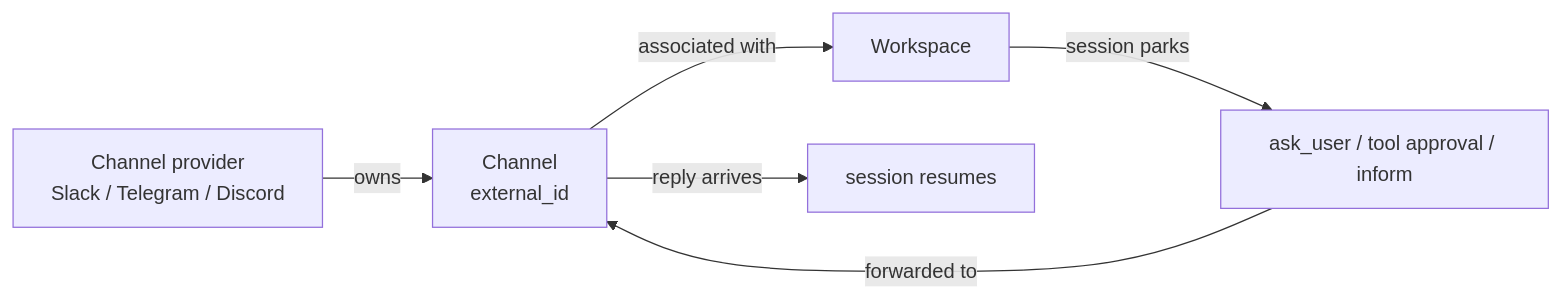
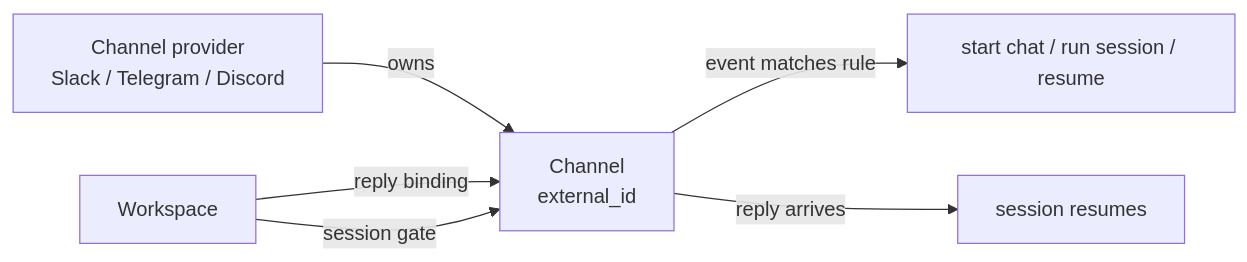
One commit to primerhq/primer changed the diagram in primer/user_docs/channels/channels.md. Above: the diagram before and after it, drawn with Mermaid. The commit also changed other lines of this file and 11 other files, not shown here.

````diff
--- a/primer/user_docs/channels/channels.md
+++ b/primer/user_docs/channels/channels.md
@@ -23,9 +23,9 @@
 ```mermaid
 flowchart LR
     prov[Channel provider\nSlack / Telegram / Discord]
     prov -->|owns| ch[Channel\nexternal_id]
-    ch -->|associated with| ws[Workspace]
-    ws -->|session parks| gate[ask_user / tool approval / inform]
-    gate -->|forwarded to| ch
-    ch -->|reply arrives| gate2[session resumes]
+    ch -->|event matches rule| act[start chat / run session / resume]
+    ws[Workspace] -->|reply binding| ch
+    ws -->|session gate| ch
+    ch -->|reply arrives| res[session resumes]
 ```
````
